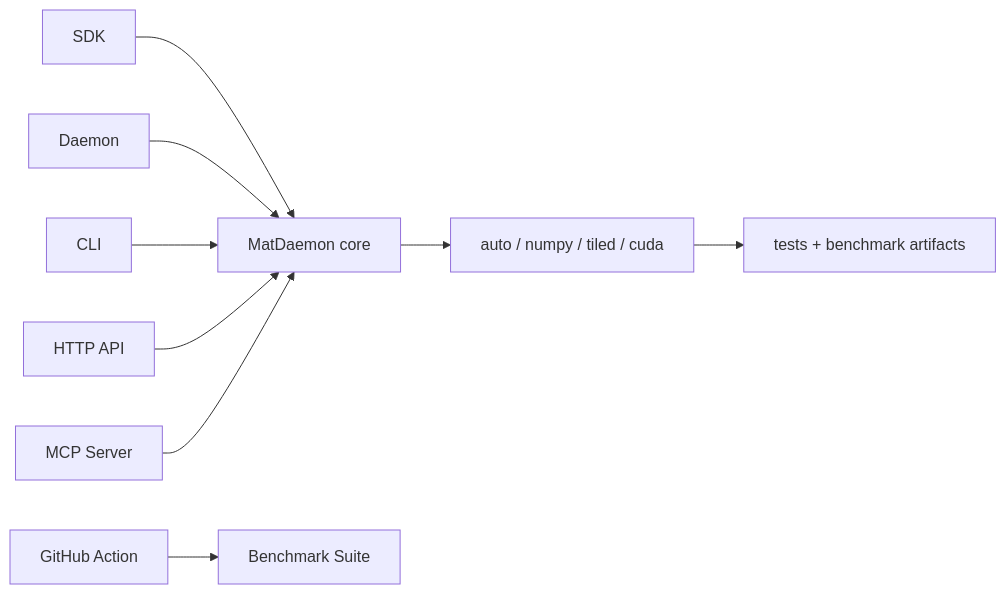
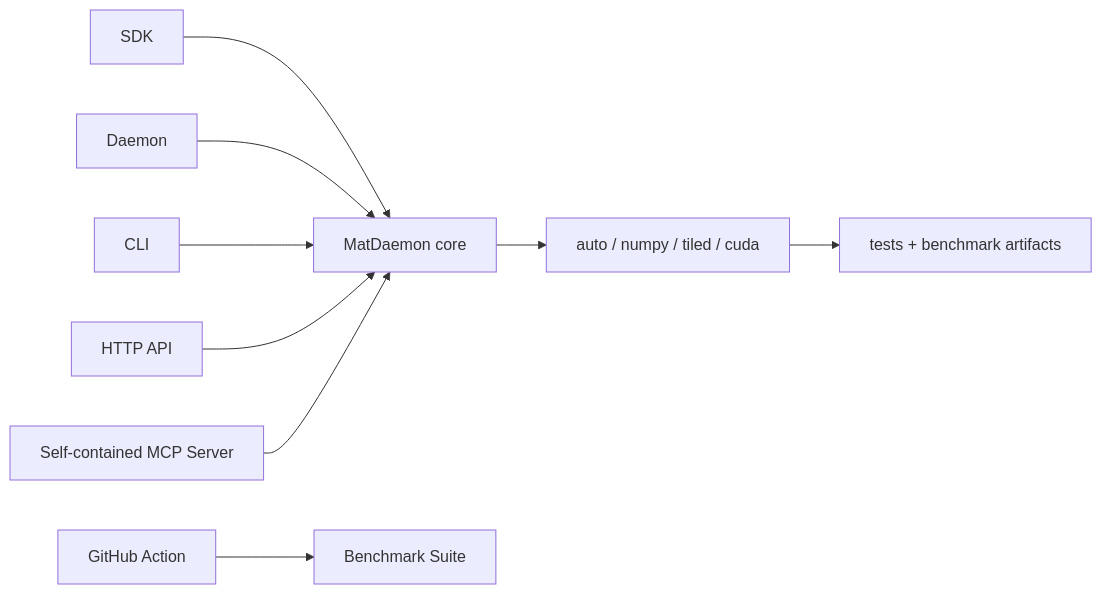
The diagram in docs/PRODUCT.md (ItsNotAILABS/MatDaemon), drawn with Mermaid before and after one commit. The commit also changed other lines of this file, not shown here.

Commit message:
Refresh product doc for full MCP server

````diff
--- a/docs/PRODUCT.md
+++ b/docs/PRODUCT.md
@@ -20,11 +20,11 @@
 ```mermaid
 flowchart LR
     sdk[SDK] --> core[MatDaemon core]
     daemon[Daemon] --> core
     cli[CLI] --> core
     api[HTTP API] --> core
-    mcp[MCP Server] --> core
+    mcp[Self-contained MCP Server] --> core
     gha[GitHub Action] --> bench[Benchmark Suite]
     core --> backends[auto / numpy / tiled / cuda]
     backends --> proof[tests + benchmark artifacts]
 ```
````
